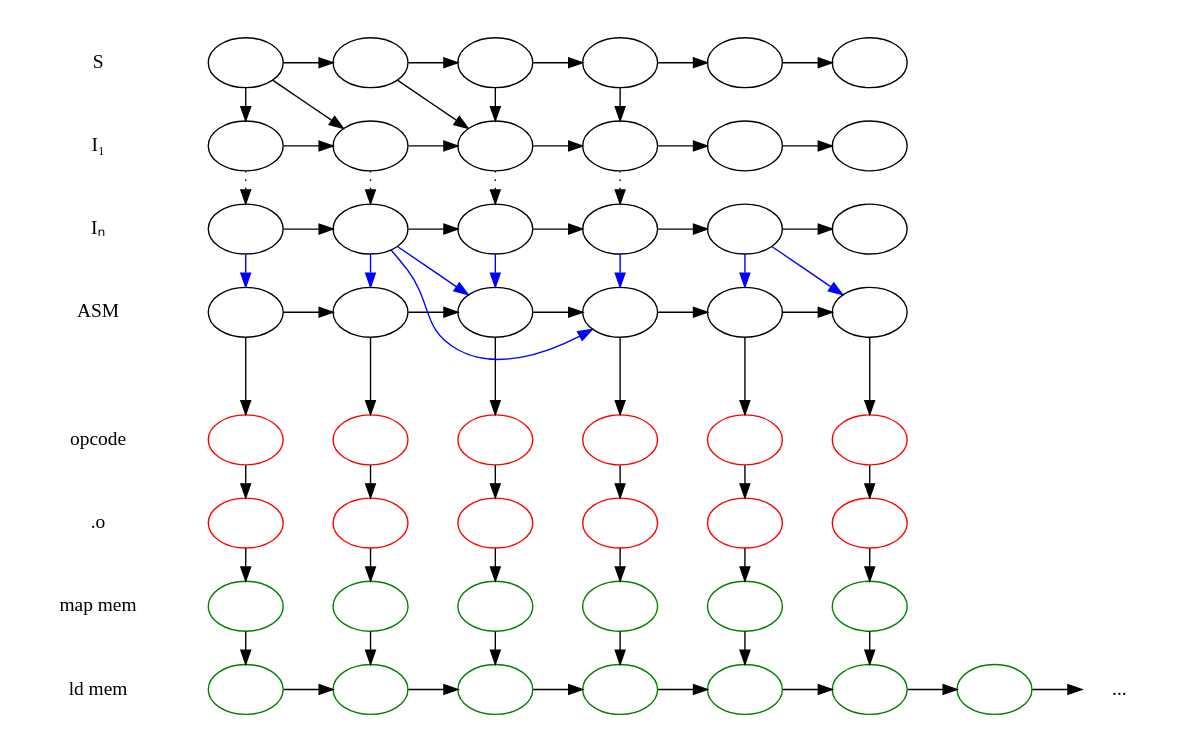
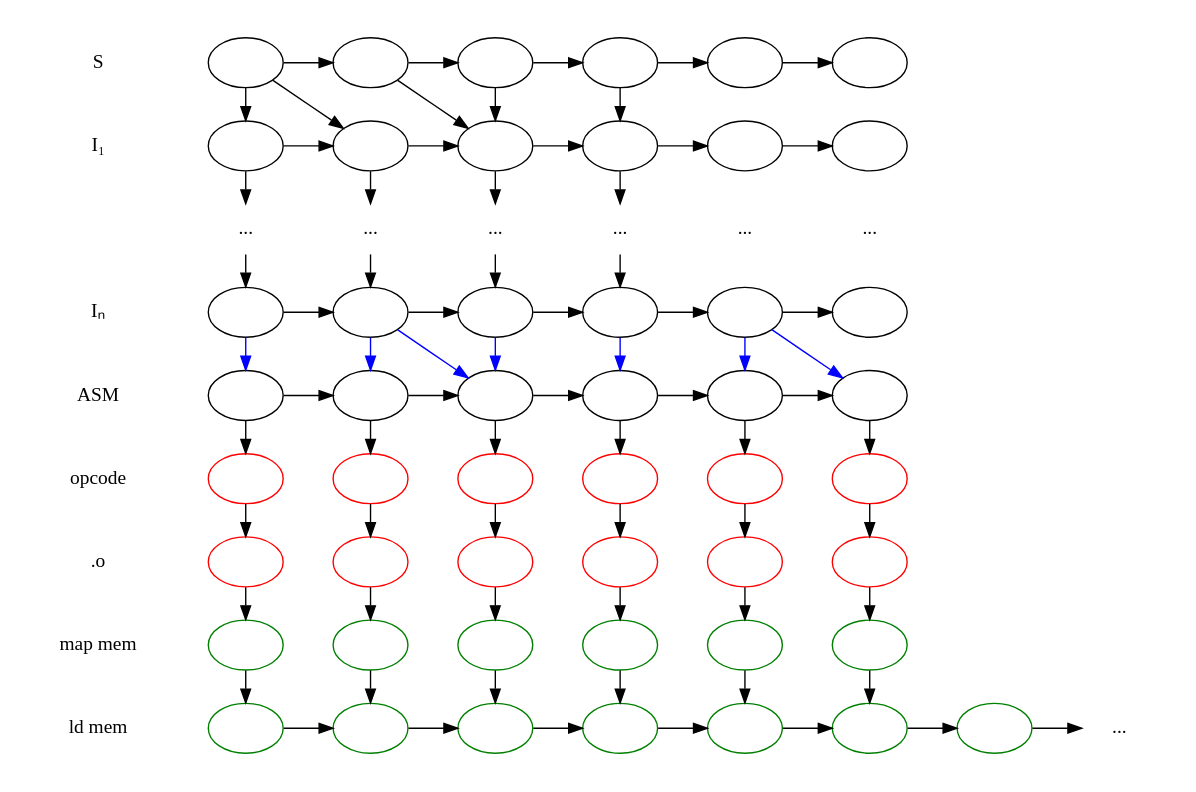
One commit to yulya3102/bachelor-thesis changed the diagram in diagram.dot. Above: the diagram before and after it, drawn with Graphviz.

Commit message:
Small fixes

```diff
--- a/diagram.dot
+++ b/diagram.dot
@@ -1,113 +1,123 @@
 digraph G {
     node [
         label = ""
     ]
     rankdir = LR
     subgraph cluster_ld {
         style = invis
         node [ color = green ]
         ld1 -> ld2 -> ld3 -> ld4 -> ld5 -> ld6 -> ld7 -> ld8
         ld [ label = "ld mem", shape = none ]
         ld8 [ label = "...", shape = none]
         ld -> ld1 [ style = invis ]
     }
     subgraph cluster_map {
         style = invis
         node [ color = green ]
         edge [ style = invis ]
         map -> map1 -> map2 -> map3 -> map4 -> map5 -> map6
         map [ label = "map mem", shape = none ]
     }
     subgraph cluster_obj {
         style = invis
         node [ color = red ]
         edge [ style = invis ]
         obj -> obj1 -> obj2 -> obj3 -> obj4 -> obj5 -> obj6
         obj [ label = ".o", shape = none ]
     }
     subgraph cluster_op {
         style = invis
         node [ color = red ]
         edge [ style = invis ]
         op -> op1 -> op2 -> op3 -> op4 -> op5 -> op6
         op [ label = opcode, shape = none ]
     }
     subgraph cluster_ASM {
         style = invis
         asm1 -> asm2 -> asm3 -> asm4 -> asm5 -> asm6
         ASM [ label = ASM, shape = none ]
         ASM -> asm1 [ style = invis ]
     }
     subgraph cluster_In {
         style = invis
         in1 -> in2 -> in3 -> in4 -> in5 -> in6
         In [ label = Iₙ, shape = none ]
         In -> in1 [ style = invis ]
     }
+    subgraph cluster_Is {
+        node [ shape = none, label = "..." ]
+        edge [ style = invis ]
+        style = invis
+        Is -> is1 -> is2 -> is3 -> is4 -> is5 -> is6
+        Is [ label = "", shape = none ]
+    }
     subgraph cluster_I1 {
         style = invis
         i11 -> i12 -> i13 -> i14 -> i15 -> i16
         I1 [ label = I₁, shape = none ]
         I1 -> i11 [ style = invis ]
     }
     subgraph cluster_S {
         style = invis
         s1 -> s2 -> s3 -> s4 -> s5 -> s6
         S [ label = S, shape = none ]
         S -> s1 [ style = invis ]
     }
     subgraph {
         edge [ constraint = false ]
         s1 -> i11 
         s1 -> i12
         s2 -> i13
         s3 -> i13
         s4 -> i14
-        subgraph {
-            edge [ style = dotted ]
-            i11 -> in1
-            i12 -> in2
-            i13 -> in3
-            i14 -> in4
-        }
+
+        i11 -> is1
+        i12 -> is2
+        i13 -> is3
+        i14 -> is4
+
+        is1 -> in1
+        is2 -> in2
+        is3 -> in3
+        is4 -> in4
+
         subgraph {
             edge [ color = blue ]
             in1 -> asm1
             in2 -> asm2
             in2 -> asm3
-            in2 -> asm4
             in3 -> asm3
             in4 -> asm4
             in5 -> asm5
             in5 -> asm6
         }
 
         asm1 -> op1
         asm2 -> op2
         asm3 -> op3
         asm4 -> op4
         asm5 -> op5
         asm6 -> op6
 
         op1 -> obj1
         op2 -> obj2
         op3 -> obj3
         op4 -> obj4
         op5 -> obj5
         op6 -> obj6
 
         obj1 -> map1
         obj2 -> map2
         obj3 -> map3
         obj4 -> map4
         obj5 -> map5
         obj6 -> map6
 
         map1 -> ld1
         map2 -> ld2
         map3 -> ld3
         map4 -> ld4
         map5 -> ld5
         map6 -> ld6
     }
 }
```
